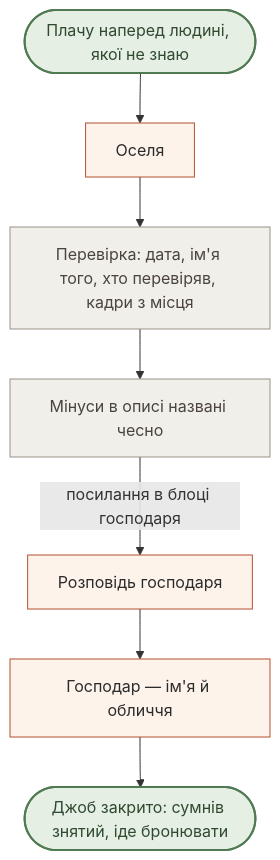
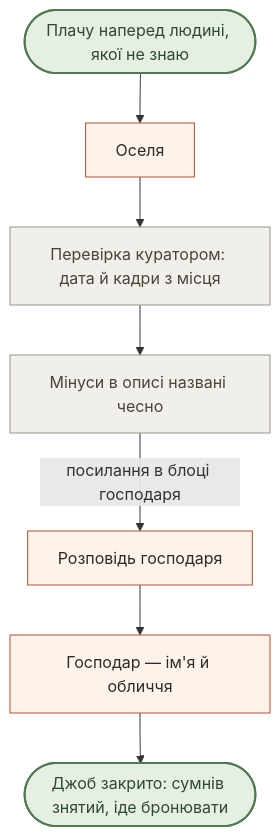
One commit to sofiya5395870-sys/khata-v-seli changed the third of 10 diagrams in ia/flows.md. Above: the diagram before and after it, drawn with Mermaid. The commit also changed other lines of this file and 4 other files, not shown here.

````diff
--- a/ia/flows.md
+++ b/ia/flows.md
@@ -142,16 +142,16 @@
 ```mermaid
 flowchart TD
     Start(["Плачу наперед людині, якої не знаю"]) --> House["Оселя"]
-    House --> Proof["Перевірка: дата, ім'я того, хто перевіряв, кадри з місця"]
+    House --> Proof["Перевірка куратором: дата й кадри з місця"]
     Proof --> Flaws["Мінуси в описі названі чесно"]
     Flaws -->|посилання в блоці господаря| Talk["Розповідь господаря"]
     Talk --> Owner["Господар — ім'я й обличчя"]
     Owner --> Win(["Джоб закрито: сумнів знятий, іде бронювати"])
 
     classDef screen fill:#fdf3ea,stroke:#b5502e,color:#2b2b2b
     classDef state fill:#f1efe9,stroke:#9a9287,color:#4a443c
     classDef win fill:#e6efe4,stroke:#4f7a52,stroke-width:2px,color:#2f4a31
     class House,Owner,Talk screen
     class Proof,Flaws state
     class Start,Win win
 ```
````
